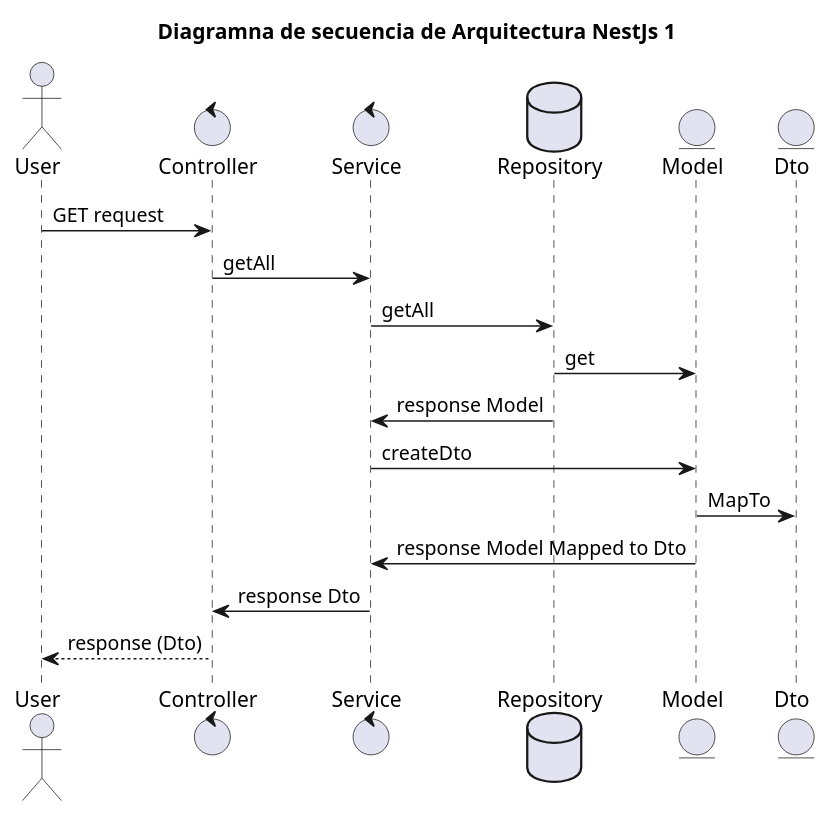
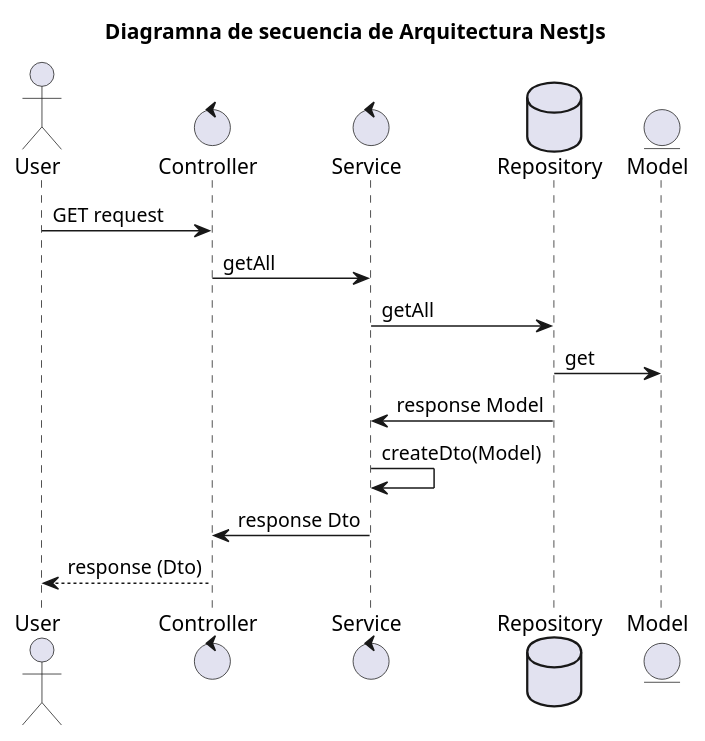
One commit to Master-Desarrollo-20-21/arquitectura-del-software-diagramas-de-tu-framework-kodenix changed the diagram in nestjs/src/secuencia-arquitectura-nestjs-1.puml. Above: the diagram before and after it, drawn with PlantUML. The commit also changed 10 other files, not shown here.

```diff
--- a/nestjs/src/secuencia-arquitectura-nestjs-1.puml
+++ b/nestjs/src/secuencia-arquitectura-nestjs-1.puml
@@ -1,22 +1,19 @@
 @startuml
-title "Diagramna de secuencia de Arquitectura NestJs 1"
+title "Diagramna de secuencia de Arquitectura NestJs"
 
 actor User
 control "Controller" as Controller
 control "Service" as Service
 database Repository
 entity Model
-entity Dto
 
 User -> Controller : GET request
 Controller -> Service : getAll
 Service -> Repository : getAll
 Repository -> Model : get
 Repository -> Service : response Model
-Service -> Model : createDto
-Model -> Dto : MapTo 
-Model -> Service : response Model Mapped to Dto
+Service -> Service : createDto(Model)
 Service -> Controller: response Dto
 User <-- Controller : response (Dto)
 
 @enduml
```
